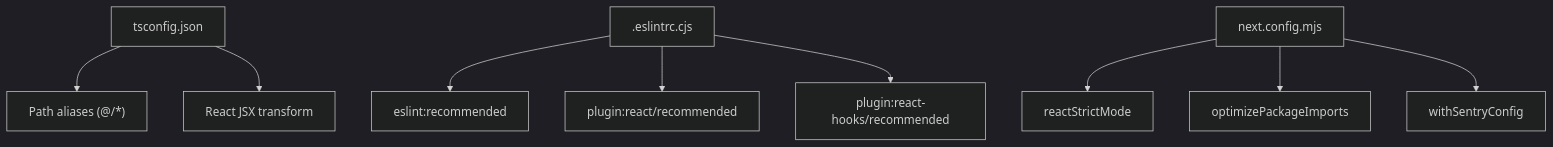
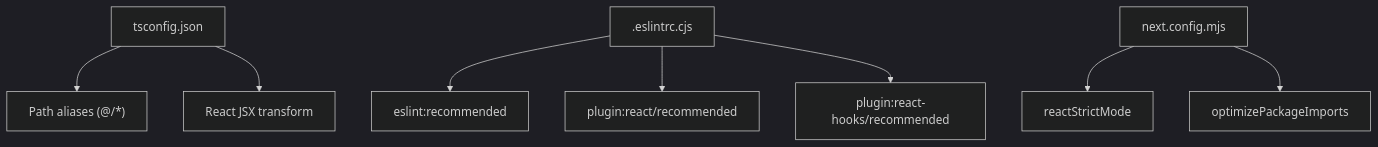
One commit to rohitkumarnaidu/ScholarFormAI changed the tenth of 11 diagrams in .docs/content/Frontend Development/Next.js Application Structure.md. Above: the diagram before and after it, drawn with Mermaid (dark theme). The commit also changed other lines of this file and 9 other files, not shown here.

````diff
--- a/.docs/content/Frontend Development/Next.js Application Structure.md
+++ b/.docs/content/Frontend Development/Next.js Application Structure.md
@@ -336,11 +334,11 @@
 ```mermaid
 graph TB
 TS["tsconfig.json"] --> Aliases["Path aliases (@/*)"]
 TS --> JSX["React JSX transform"]
 ESLINT[".eslintrc.cjs"] --> Base["eslint:recommended"]
 ESLINT --> React["plugin:react/recommended"]
 ESLINT --> Hooks["plugin:react-hooks/recommended"]
 NEXT["next.config.mjs"] --> Strict["reactStrictMode"]
 NEXT --> Optimize["optimizePackageImports"]
-NEXT --> Sentry["withSentryConfig"]
+
 ```
````
